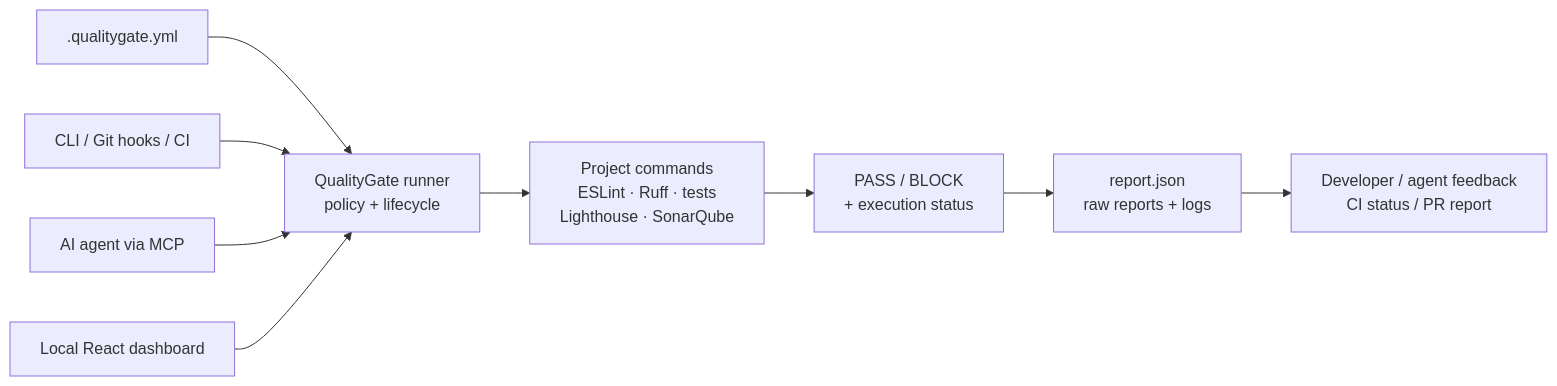
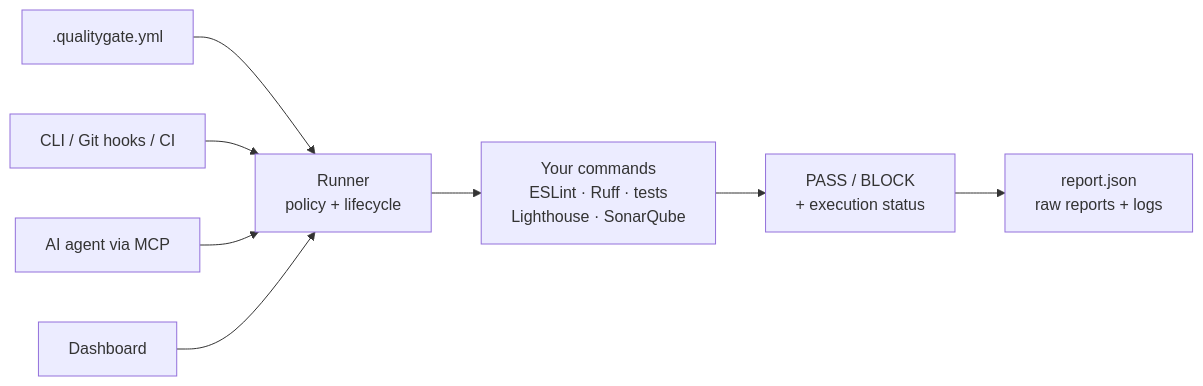
The diagram in README.md (nikolai-tatianenko/quality-gates), drawn with Mermaid before and after one commit. The commit also changed other lines of this file and 12 other files, not shown here.

First line of the commit message:
docs: short README with screenshots; dashboard names the project folder

````diff
--- a/README.md
+++ b/README.md
@@ -56,11 +109,10 @@
 ```mermaid
 flowchart LR
-    Config[".qualitygate.yml"] --> Runner["QualityGate runner<br/>policy + lifecycle"]
+    Config[".qualitygate.yml"] --> Runner["Runner<br/>policy + lifecycle"]
     CLI["CLI / Git hooks / CI"] --> Runner
     Agent["AI agent via MCP"] --> Runner
-    UI["Local React dashboard"] --> Runner
-    Runner --> Tools["Project commands<br/>ESLint · Ruff · tests<br/>Lighthouse · SonarQube"]
+    UI["Dashboard"] --> Runner
+    Runner --> Tools["Your commands<br/>ESLint · Ruff · tests<br/>Lighthouse · SonarQube"]
     Tools --> Result["PASS / BLOCK<br/>+ execution status"]
     Result --> Evidence["report.json<br/>raw reports + logs"]
-    Evidence --> Feedback["Developer / agent feedback<br/>CI status / PR report"]
 ```
````
